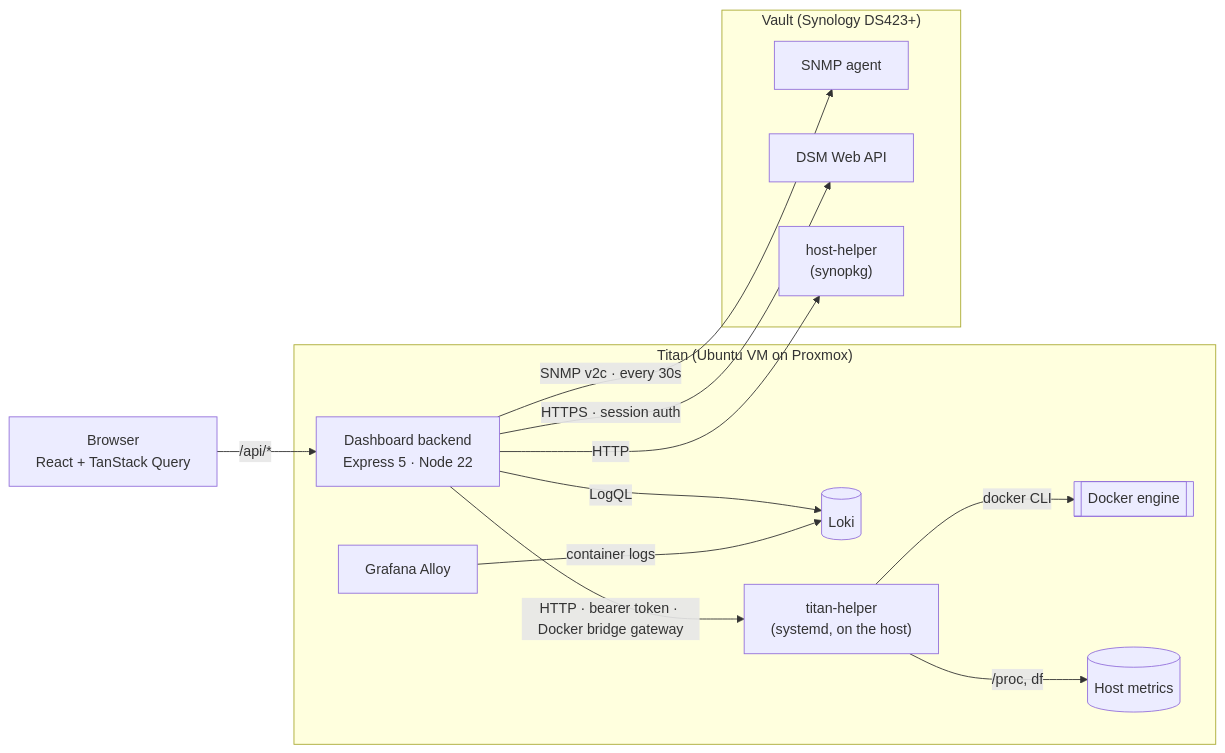
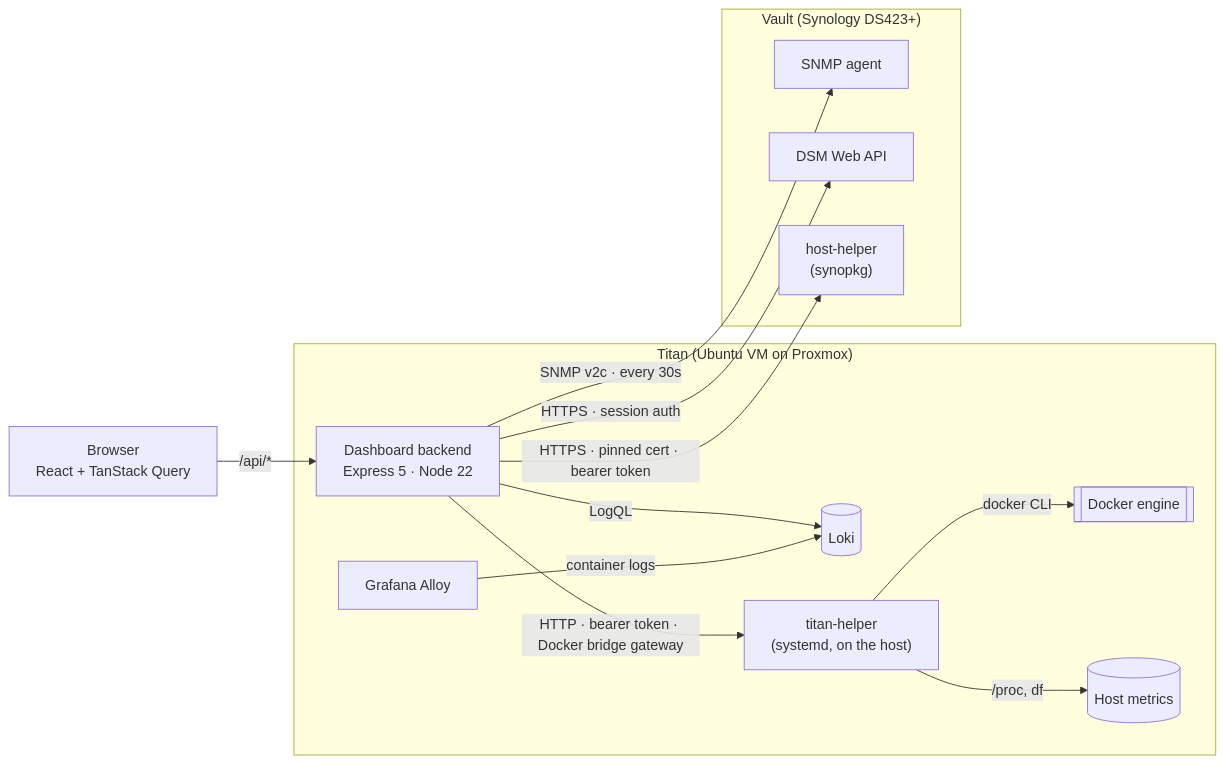
The diagram in README.md (ssterling9928/dashboard), drawn with Mermaid before and after one commit. The commit also changed other lines of this file and 6 other files, not shown here.

First line of the commit message:
NAS helper: bearer token and pinned HTTPS

````diff
--- a/README.md
+++ b/README.md
@@ -43,26 +43,26 @@
 ```mermaid
 flowchart LR
     Browser["Browser<br/>React + TanStack Query"] -->|"/api/*"| Backend
 
     subgraph Titan["Titan (Ubuntu VM on Proxmox)"]
         Backend["Dashboard backend<br/>Express 5 · Node 22"]
         Loki[("Loki")]
         Alloy["Grafana Alloy"] -->|container logs| Loki
         Helper["titan-helper<br/>(systemd, on the host)"]
         Docker[["Docker engine"]]
         Helper -->|docker CLI| Docker
         Helper -->|"/proc, df"| Proc[("Host metrics")]
     end
 
     subgraph Vault["Vault (Synology DS423+)"]
         SNMP["SNMP agent"]
         DSM["DSM Web API"]
         NasHelper["host-helper<br/>(synopkg)"]
     end
 
     Backend -->|"HTTP · bearer token · Docker bridge gateway"| Helper
     Backend -->|LogQL| Loki
     Backend -->|"SNMP v2c · every 30s"| SNMP
     Backend -->|"HTTPS · session auth"| DSM
-    Backend -->|HTTP| NasHelper
+    Backend -->|"HTTPS · pinned cert · bearer token"| NasHelper
 ```
````
